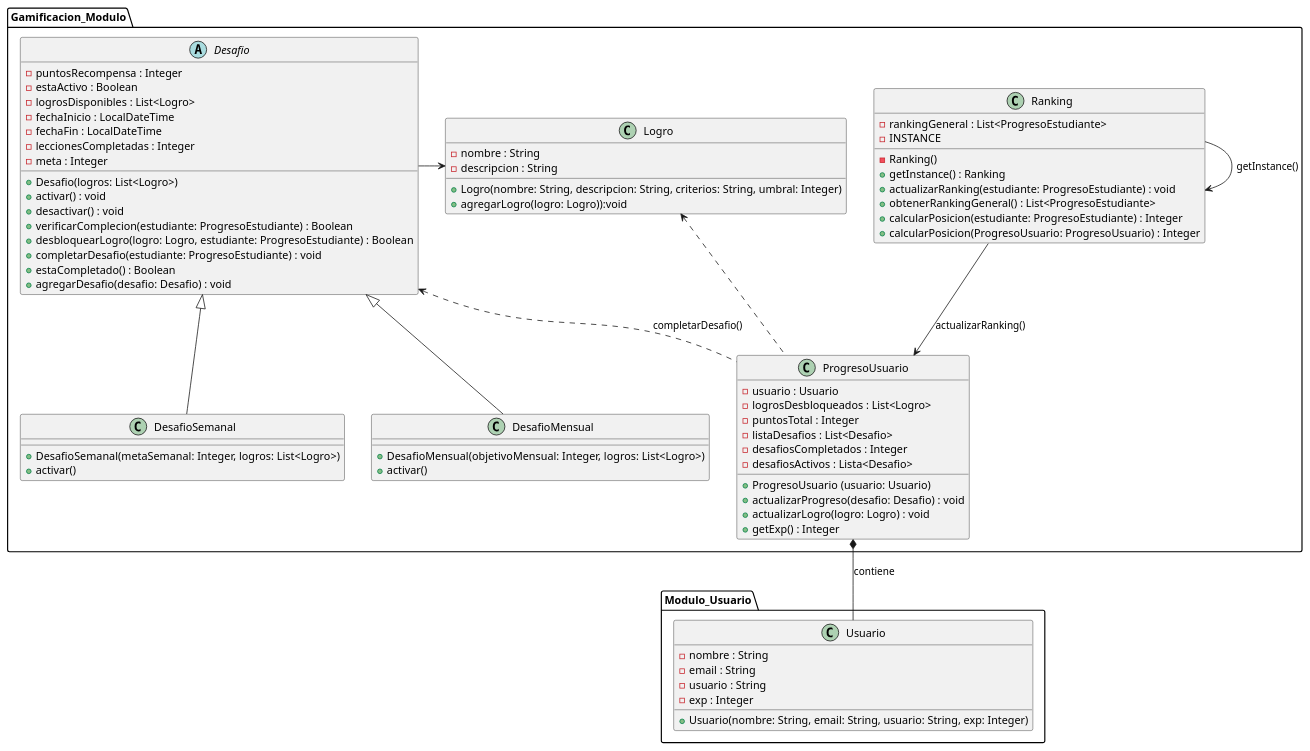
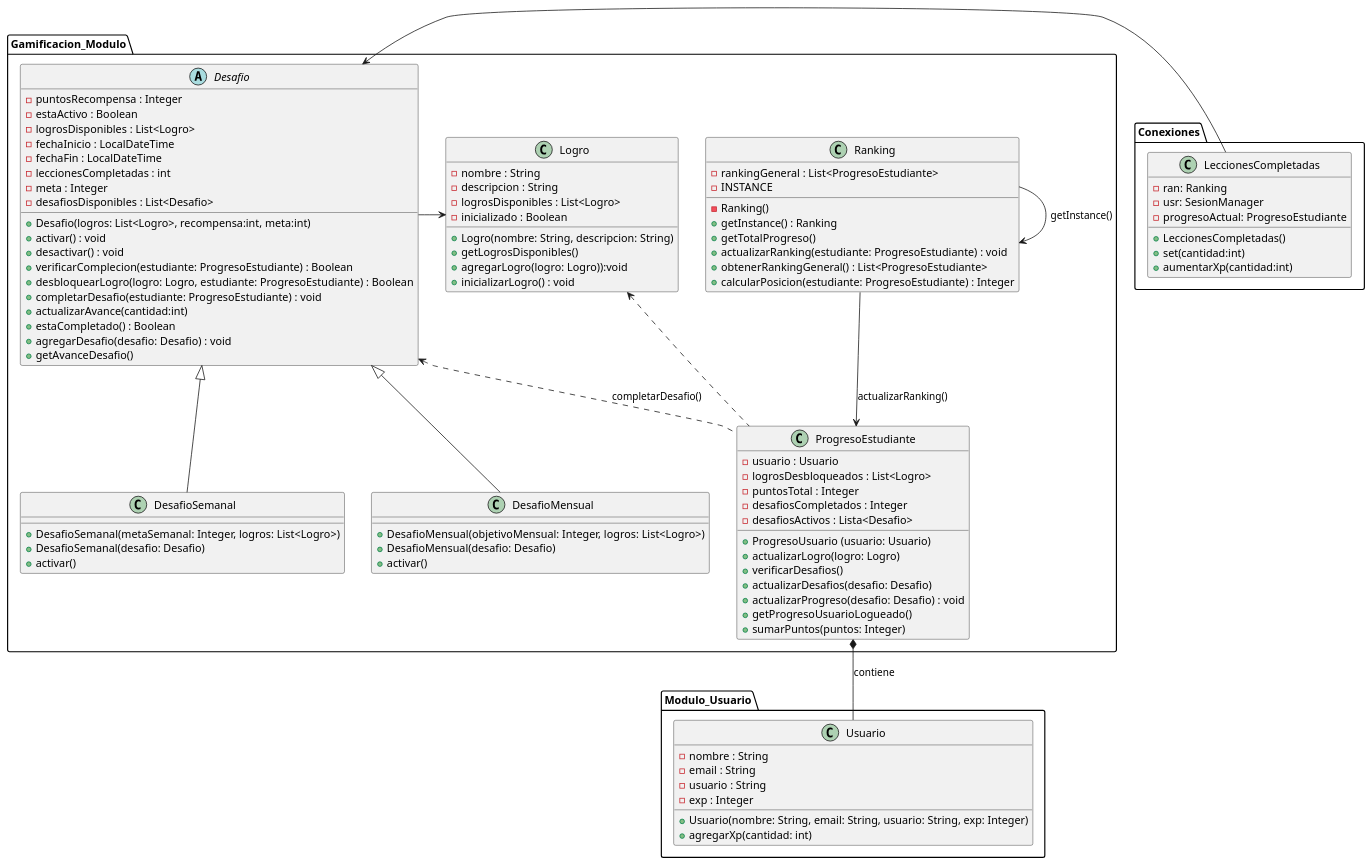
The diagram in src/main/java/Gamificacion_Modulo/Gamificación_Diagrama/DiagramaClasesGamificacion.puml (FernandoHuilca/HelloCode_Software), drawn with PlantUML before and after one commit. The commit also changed 13 other files, not shown here.

```diff
--- a/src/main/java/Gamificacion_Modulo/Gamificación_Diagrama/DiagramaClasesGamificacion.puml
+++ b/src/main/java/Gamificacion_Modulo/Gamificación_Diagrama/DiagramaClasesGamificacion.puml
@@ -1,95 +1,116 @@
 @startuml
 package Modulo_Usuario {
 
     class Usuario {
             - nombre : String
             - email : String
             - usuario : String
             - exp : Integer
             + Usuario(nombre: String, email: String, usuario: String, exp: Integer)
+            + agregarXp(cantidad: int)
         }
 
 }
 
+package Conexiones{
+    class LeccionesCompletadas{
+    -ran: Ranking
+    -usr: SesionManager
+    -progresoActual: ProgresoEstudiante
+    + LeccionesCompletadas()
+    +set(cantidad:int)
+    +aumentarXp(cantidad:int)
+    }
+}
 package "Gamificacion_Modulo" {
 
     class Logro {
         - nombre : String
         - descripcion : String
-        + Logro(nombre: String, descripcion: String, criterios: String, umbral: Integer)
+        - logrosDisponibles : List<Logro>
+        - inicializado : Boolean
+        + Logro(nombre: String, descripcion: String)
+        + getLogrosDisponibles()
         + agregarLogro(logro: Logro)):void
-
+        + inicializarLogro() : void
     }
 
     abstract class Desafio {
         - puntosRecompensa : Integer
         - estaActivo : Boolean
         - logrosDisponibles : List<Logro>
         - fechaInicio : LocalDateTime
         - fechaFin : LocalDateTime
-        - leccionesCompletadas : Integer
+        - leccionesCompletadas : int
         - meta : Integer
-        'Cual es la diferencia entre verificarComplecion y estaCompletado?
-        + Desafio(logros: List<Logro>)
+        - desafiosDisponibles : List<Desafio>
+
+        + Desafio(logros: List<Logro>, recompensa:int, meta:int)
         + activar() : void
         + desactivar() : void
         + verificarComplecion(estudiante: ProgresoEstudiante) : Boolean
         + desbloquearLogro(logro: Logro, estudiante: ProgresoEstudiante) : Boolean
         + completarDesafio(estudiante: ProgresoEstudiante) : void
+        + actualizarAvance(cantidad:int)
         + estaCompletado() : Boolean
-        +agregarDesafio(desafio: Desafio) : void
+        + agregarDesafio(desafio: Desafio) : void
+        + getAvanceDesafio()
     }
 
     class DesafioSemanal {
 
         + DesafioSemanal(metaSemanal: Integer, logros: List<Logro>)
+        + DesafioSemanal(desafio: Desafio)
         + activar()
     }
 
     class DesafioMensual {
 
         + DesafioMensual(objetivoMensual: Integer, logros: List<Logro>)
+        + DesafioMensual(desafio: Desafio)
         + activar()
     }
 
-    class ProgresoUsuario {
+    class ProgresoEstudiante {
         - usuario : Usuario
         - logrosDesbloqueados : List<Logro>
         - puntosTotal : Integer
-        - listaDesafios : List<Desafio>
         - desafiosCompletados : Integer
         - desafiosActivos : Lista<Desafio>
-
         + ProgresoUsuario (usuario: Usuario)
+        + actualizarLogro(logro: Logro)
+        + verificarDesafios()
+        + actualizarDesafios(desafio: Desafio)
         + actualizarProgreso(desafio: Desafio) : void
-        + actualizarLogro(logro: Logro) : void
-        + getExp() : Integer
+        + getProgresoUsuarioLogueado()
+        + sumarPuntos(puntos: Integer)
     }
 
     class Ranking {
         - rankingGeneral : List<ProgresoEstudiante>
         -INSTANCE
         - Ranking()
         + getInstance() : Ranking
+        + getTotalProgreso()
         + actualizarRanking(estudiante: ProgresoEstudiante) : void
         + obtenerRankingGeneral() : List<ProgresoEstudiante>
         + calcularPosicion(estudiante: ProgresoEstudiante) : Integer
-        + calcularPosicion(ProgresoUsuario: ProgresoUsuario) : Integer
     }
     Ranking ->Ranking: getInstance()
     ' Relaciones de Herencia
     Desafio <|-- DesafioSemanal
     Desafio <|-- DesafioMensual
 
     ' Relaciones de Composición
-    ProgresoUsuario *-- Usuario : "contiene"
+    ProgresoEstudiante *-- Usuario : "contiene"
 
 
     ' Relaciones de Dependencia
-    Logro <.. ProgresoUsuario
-    Desafio <. ProgresoUsuario : "completarDesafio()"
-    Ranking --> ProgresoUsuario : "actualizarRanking()"
+    Logro <.. ProgresoEstudiante
+    Desafio <. ProgresoEstudiante : "completarDesafio()"
+    Ranking --> ProgresoEstudiante : "actualizarRanking()"
     Desafio -> Logro
+    LeccionesCompletadas -> Desafio
 }
 
 @enduml
```
